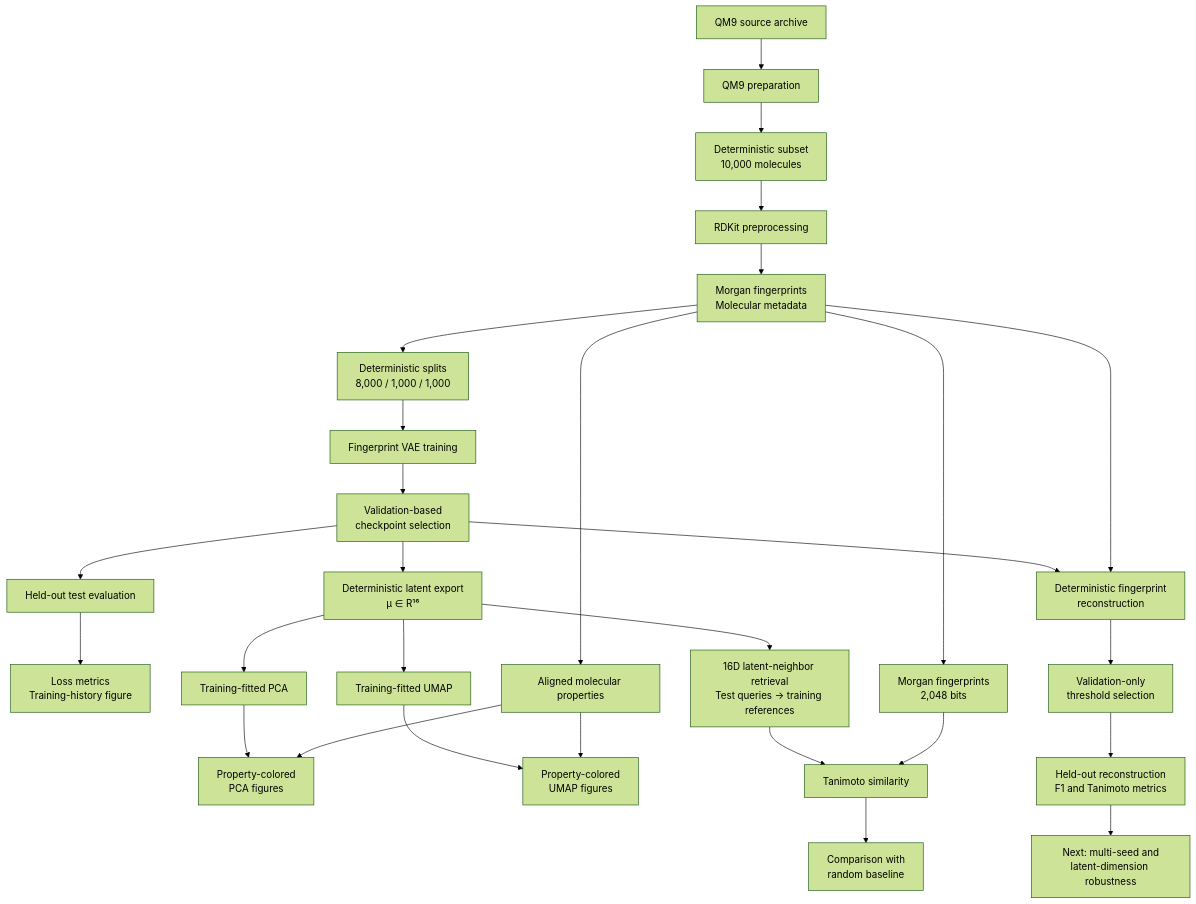
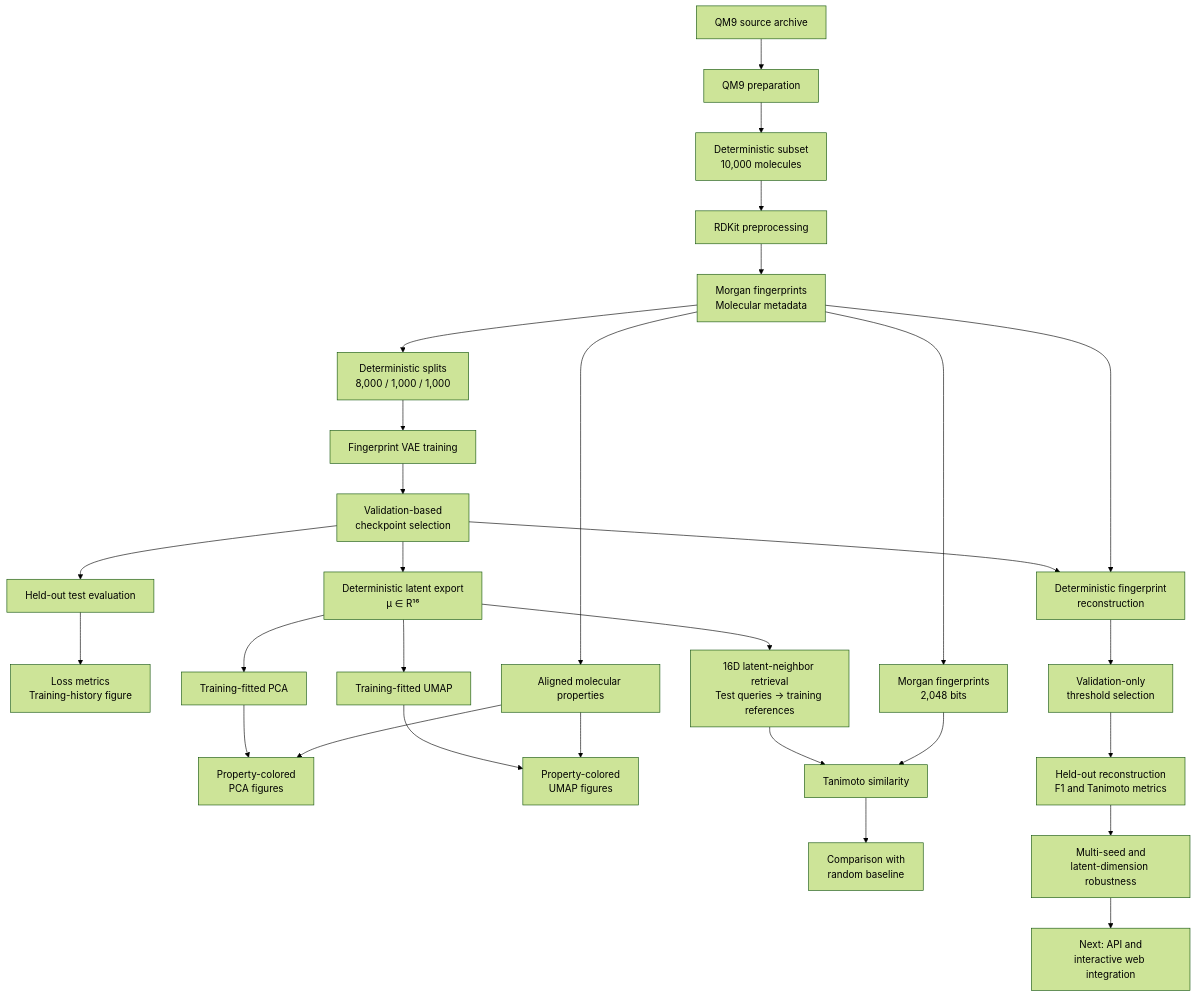
One commit to rizonehyseni/Latent-Space-Explorer changed the diagram in docs/ARCHITECTURE.md. Above: the diagram before and after it, drawn with Mermaid (forest theme). The commit also changed 3 other files, not shown here.

````diff
--- a/docs/ARCHITECTURE.md
+++ b/docs/ARCHITECTURE.md
@@ -11,35 +11,36 @@
 ```mermaid
 flowchart TD
     A["QM9 source archive"] --> B["QM9 preparation"]
     B --> C["Deterministic subset<br/>10,000 molecules"]
     C --> D["RDKit preprocessing"]
     D --> E["Morgan fingerprints<br/>Molecular metadata"]
     E --> F["Deterministic splits<br/>8,000 / 1,000 / 1,000"]
 
     F --> G["Fingerprint VAE training"]
     G --> H["Validation-based<br/>checkpoint selection"]
     H --> I["Held-out test evaluation"]
     I --> J["Loss metrics<br/>Training-history figure"]
 
     H --> K["Deterministic latent export<br/>μ ∈ R¹⁶"]
     K --> L["Training-fitted PCA"]
     K --> M["Training-fitted UMAP"]
 
     E --> N["Aligned molecular properties"]
     L --> O["Property-colored<br/>PCA figures"]
     M --> P["Property-colored<br/>UMAP figures"]
     N --> O
     N --> P
 
     K --> Q["16D latent-neighbor retrieval<br/>Test queries → training references"]
     E --> R["Morgan fingerprints<br/>2,048 bits"]
     Q --> S["Tanimoto similarity"]
     R --> S
     S --> T["Comparison with<br/>random baseline"]
 
     H --> U["Deterministic fingerprint<br/>reconstruction"]
     E --> U
     U --> V["Validation-only<br/>threshold selection"]
     V --> W["Held-out reconstruction<br/>F1 and Tanimoto metrics"]
-    W --> X["Next: multi-seed and<br/>latent-dimension robustness"]
+    W --> X["Multi-seed and<br/>latent-dimension robustness"]
+    X --> Y["Next: API and<br/>interactive web integration"]    
 ```
````
